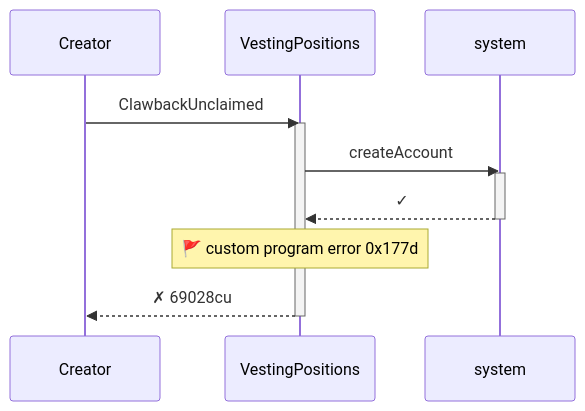
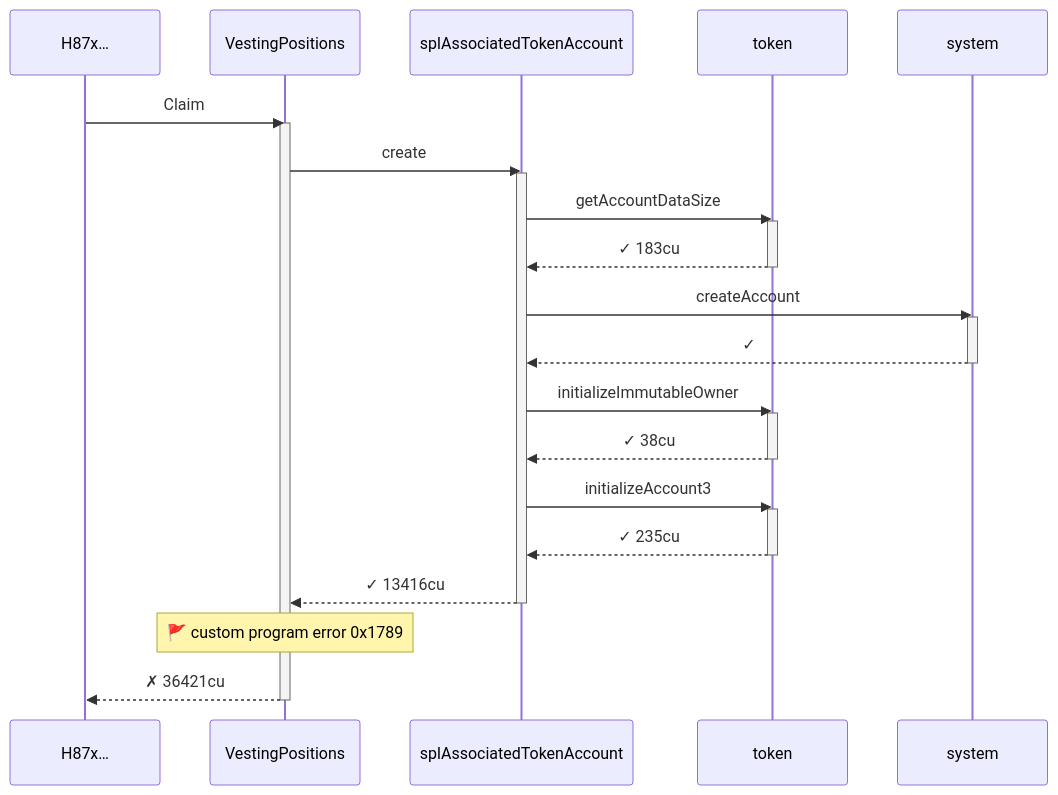
The first of 3 diagrams in babelfish-tests/test-report/clawback_unclaimed_recovers_allocation_and_blocks_claim.md (cds-turbin3/vesting-position), drawn with Mermaid before and after one commit. The commit also changed other lines of this file and 50 other files, not shown here.

````diff
--- a/babelfish-tests/test-report/clawback_unclaimed_recovers_allocation_and_blocks_claim.md
+++ b/babelfish-tests/test-report/clawback_unclaimed_recovers_allocation_and_blocks_claim.md
@@ -5,15 +5,33 @@
 ```mermaid
 sequenceDiagram
-    participant p0 as Creator
+    participant p0 as H87x…
     participant p1 as VestingPositions
-    participant p2 as system
-    p0->>p1: ClawbackUnclaimed
+    participant p2 as splAssociatedTokenAccount
+    participant p3 as token
+    participant p4 as system
+    p0->>p1: Claim
     activate p1
-    p1->>p2: createAccount
+    p1->>p2: create
     activate p2
-    p2-->>p1: ✓
+    p2->>p3: getAccountDataSize
+    activate p3
+    p3-->>p2: ✓ 183cu
+    deactivate p3
+    p2->>p4: createAccount
+    activate p4
+    p4-->>p2: ✓
+    deactivate p4
+    p2->>p3: initializeImmutableOwner
+    activate p3
+    p3-->>p2: ✓ 38cu
+    deactivate p3
+    p2->>p3: initializeAccount3
+    activate p3
+    p3-->>p2: ✓ 235cu
+    deactivate p3
+    p2-->>p1: ✓ 13416cu
     deactivate p2
-    note over p1: 🚩 custom program error  0x177d
-    p1-->>p0: ✗ 69028cu
+    note over p1: 🚩 custom program error  0x1789
+    p1-->>p0: ✗ 36421cu
     deactivate p1
 ```
````
